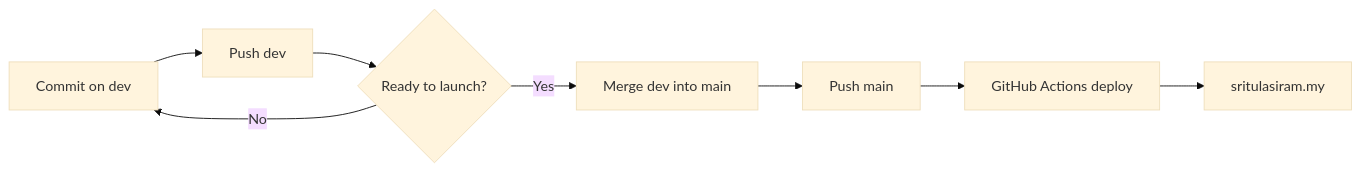
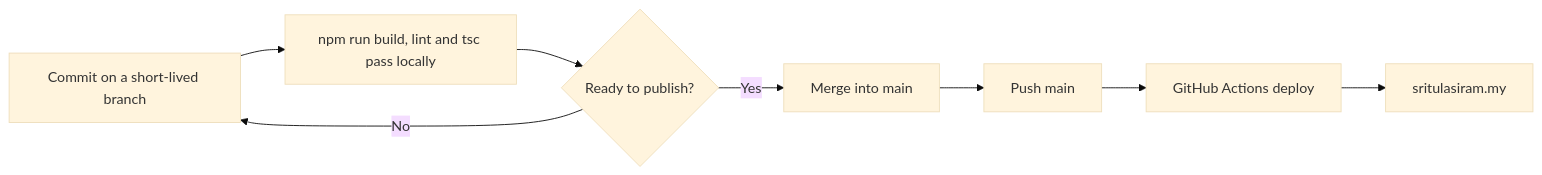
Before and after one commit to sritulasiram/sritulasiram.github.io: the first of 3 diagrams in docs/deployment.md, drawn with Mermaid (base theme). The commit also changed other lines of this file and 1 other file, not shown here.

First line of the commit message:
docs: retire the dev branch, work on short-lived branches and merge into main [skip ci]

````diff
--- a/docs/deployment.md
+++ b/docs/deployment.md
@@ -14,10 +14,10 @@
 ```mermaid
 flowchart LR
-  work[Commit on dev] --> pushdev[Push dev]
-  pushdev --> review{Ready to launch?}
+  work[Commit on a short-lived branch] --> check["npm run build, lint and tsc pass locally"]
+  check --> review{Ready to publish?}
   review -- No --> work
-  review -- Yes --> merge[Merge dev into main]
+  review -- Yes --> merge[Merge into main]
   merge --> pushmain[Push main]
   pushmain --> ci[GitHub Actions deploy]
   ci --> live[sritulasiram.my]
 ```
````
